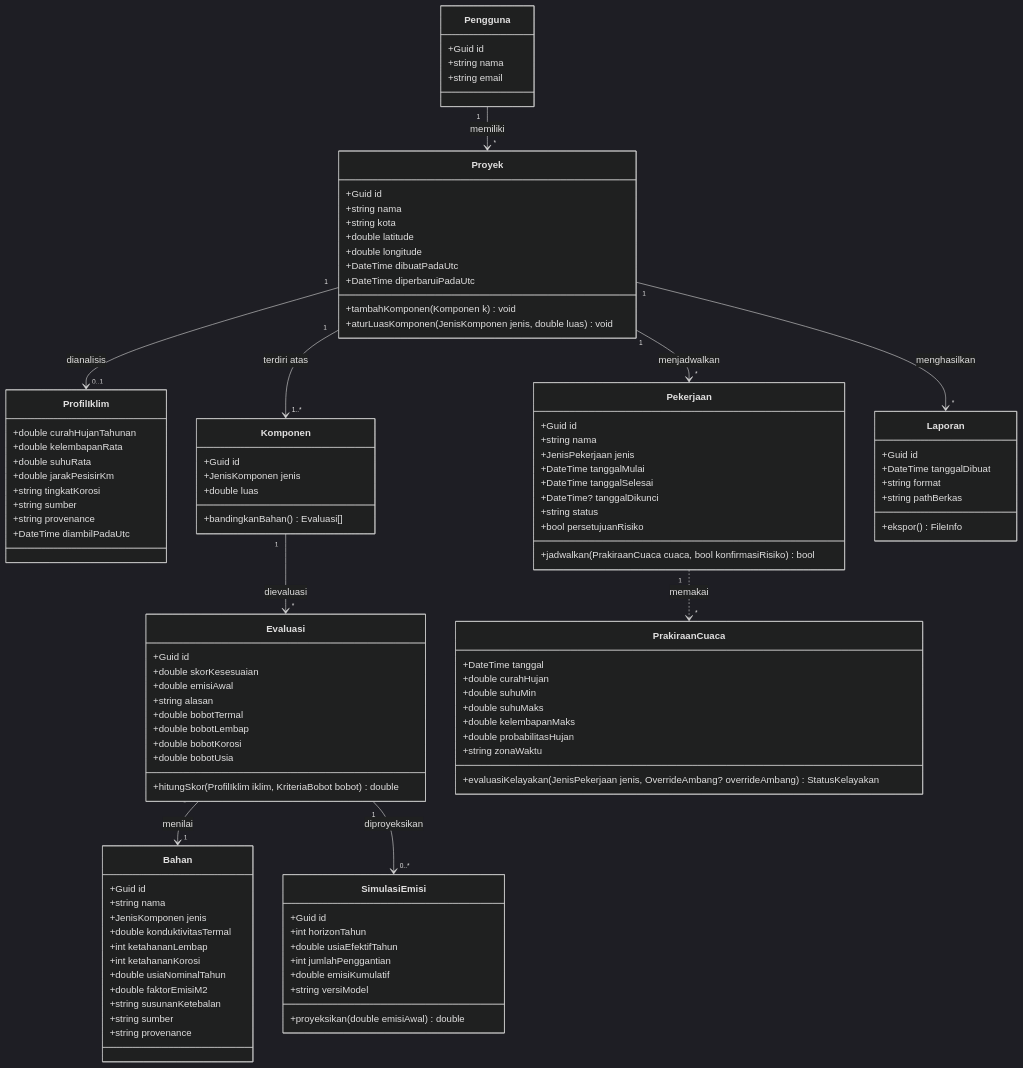
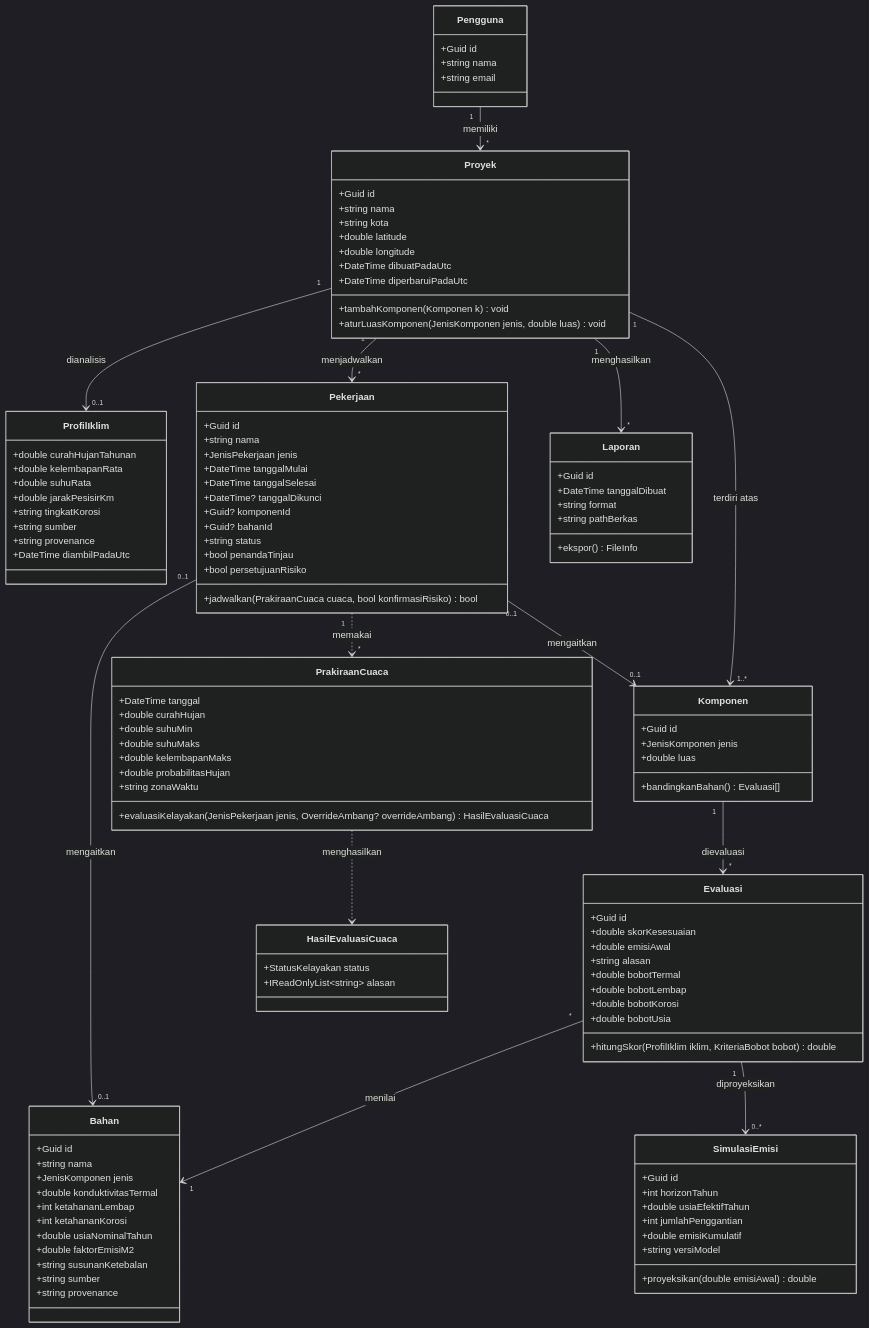
Before and after one commit to scientivan/wastu: the fourth of 4 diagrams in docs/uml-wastu.md, drawn with Mermaid (dark theme). The commit also changed other lines of this file and 5 other files, not shown here.

````diff
--- a/docs/uml-wastu.md
+++ b/docs/uml-wastu.md
@@ -194,9 +198,16 @@
         +DateTime tanggalMulai
         +DateTime tanggalSelesai
         +DateTime? tanggalDikunci
+        +Guid? komponenId
+        +Guid? bahanId
         +string status
+        +bool penandaTinjau
         +bool persetujuanRisiko
         +jadwalkan(PrakiraanCuaca cuaca, bool konfirmasiRisiko) bool
+    }
+    class HasilEvaluasiCuaca {
+        +StatusKelayakan status
+        +IReadOnlyList~string~ alasan
     }
     class PrakiraanCuaca {
         +DateTime tanggal
@@ -206,7 +217,7 @@
         +double kelembapanMaks
         +double probabilitasHujan
         +string zonaWaktu
-        +evaluasiKelayakan(JenisPekerjaan jenis, OverrideAmbang? overrideAmbang) StatusKelayakan
+        +evaluasiKelayakan(JenisPekerjaan jenis, OverrideAmbang? overrideAmbang) HasilEvaluasiCuaca
     }
     class Laporan {
         +Guid id
@@ -225,4 +236,7 @@
     Evaluasi "*" --> "1" Bahan : menilai
     Evaluasi "1" --> "0..*" SimulasiEmisi : diproyeksikan
     Pekerjaan "1" ..> "*" PrakiraanCuaca : memakai
+    Pekerjaan "0..1" --> "0..1" Komponen : mengaitkan
+    Pekerjaan "0..1" --> "0..1" Bahan : mengaitkan
+    PrakiraanCuaca ..> HasilEvaluasiCuaca : menghasilkan
 ```
````
